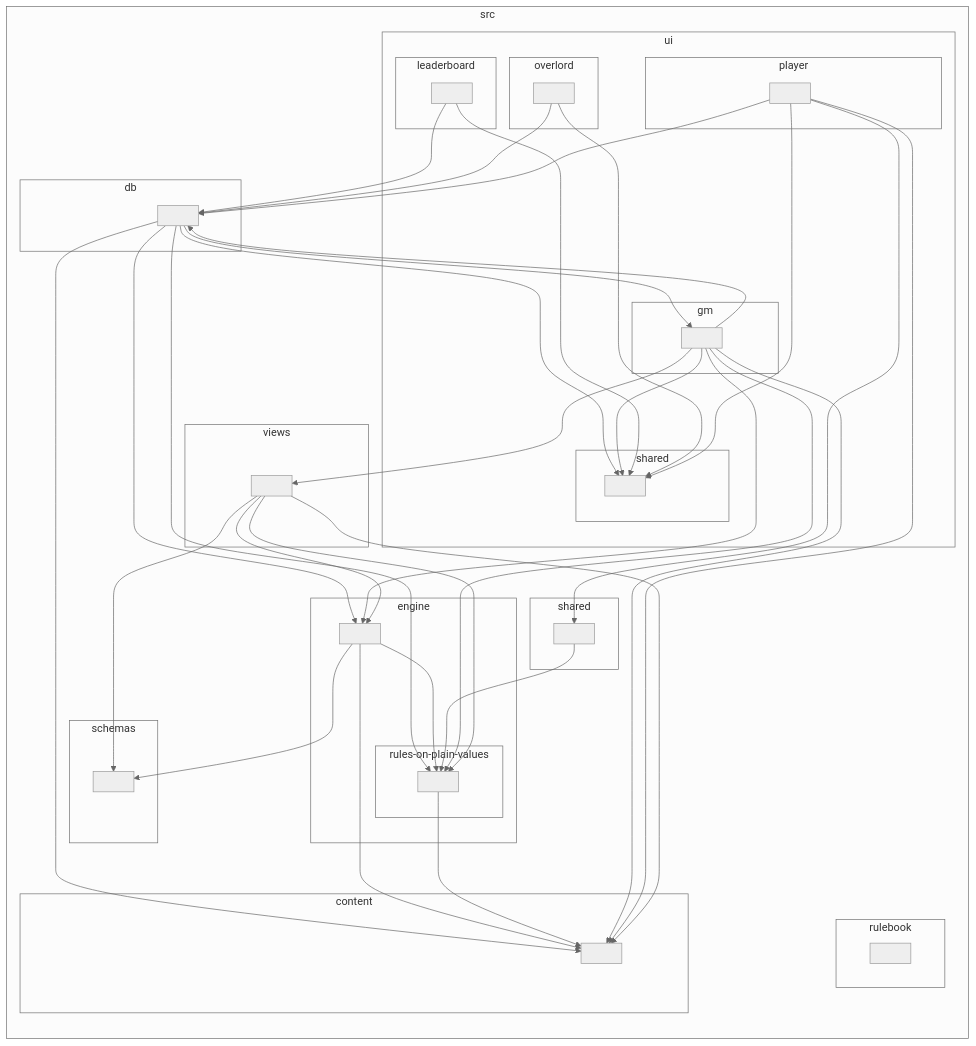
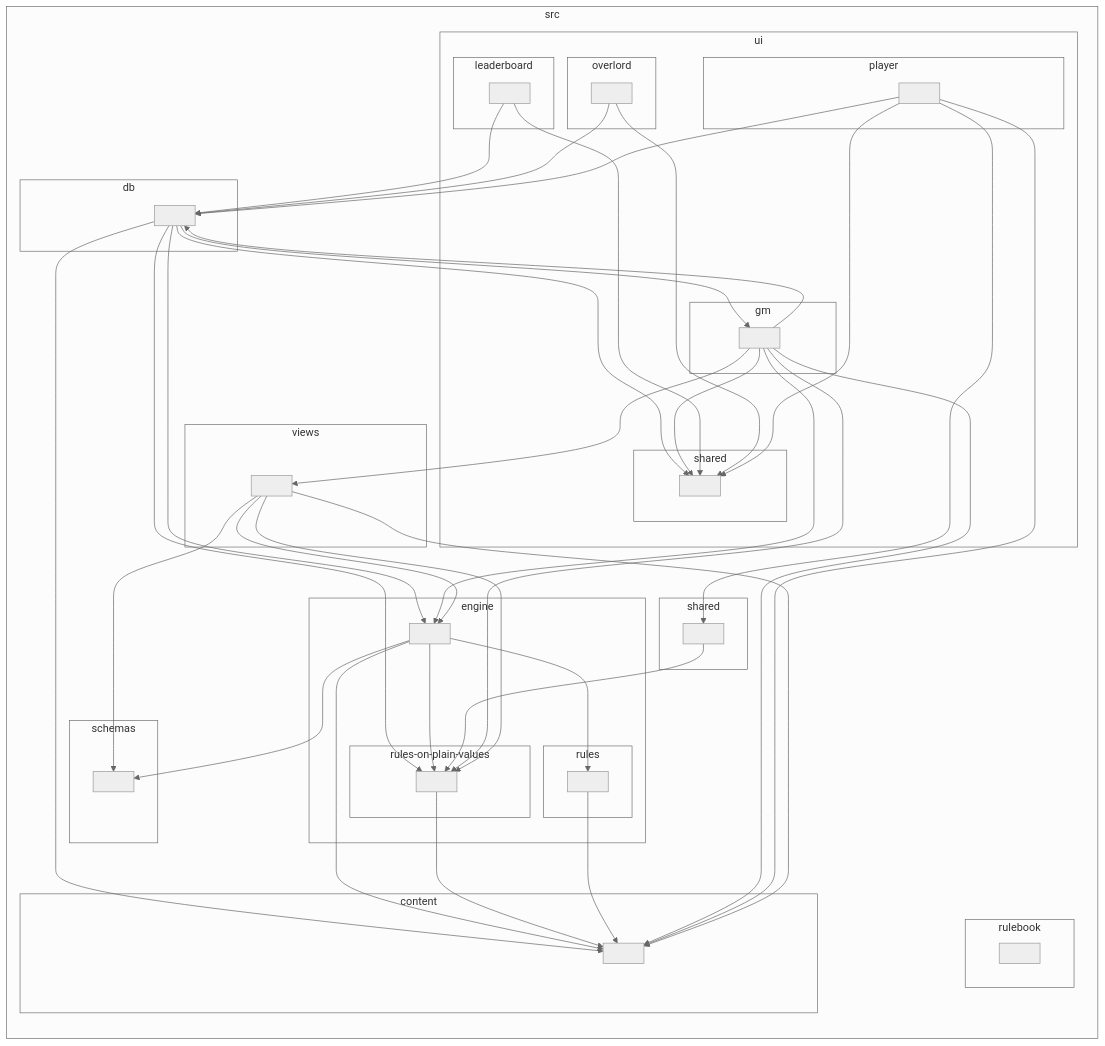
The diagram in docs/ARCHITECTURE.md (Nestalawe/kingdoms-call), drawn with Mermaid (neutral theme) before and after one commit. The commit also changed other lines of this file and 20 other files, not shown here.

````diff
--- a/docs/ARCHITECTURE.md
+++ b/docs/ARCHITECTURE.md
@@ -208,75 +211,80 @@
 ```mermaid
 flowchart LR
 
 subgraph src["src"]
   subgraph src_content["content"]
     src_content_[" "]
   end
   subgraph src_db["db"]
     src_db_[" "]
   end
   subgraph src_engine["engine"]
     src_engine_[" "]
     subgraph src_engine_rules_on_plain_values["rules-on-plain-values"]
       src_engine_rules_on_plain_values_[" "]
+    end
+    subgraph src_engine_rules["rules"]
+      src_engine_rules_[" "]
     end
   end
   subgraph src_rulebook["rulebook"]
     src_rulebook_[" "]
   end
   subgraph src_schemas["schemas"]
     src_schemas_[" "]
   end
   subgraph src_shared["shared"]
     src_shared_[" "]
   end
   subgraph src_ui["ui"]
     subgraph src_ui_gm["gm"]
       src_ui_gm_[" "]
     end
     subgraph src_ui_leaderboard["leaderboard"]
       src_ui_leaderboard_[" "]
     end
     subgraph src_ui_overlord["overlord"]
       src_ui_overlord_[" "]
     end
     subgraph src_ui_player["player"]
       src_ui_player_[" "]
     end
     subgraph src_ui_shared["shared"]
       src_ui_shared_[" "]
     end
   end
   subgraph src_views["views"]
     src_views_[" "]
   end
 end
 src_db_-->src_engine_rules_on_plain_values_
 src_db_-->src_ui_gm_
 src_db_-->src_ui_shared_
 src_db_-->src_content_
 src_db_-->src_engine_
 src_engine_-->src_content_
 src_engine_-->src_engine_rules_on_plain_values_
 src_engine_-->src_schemas_
+src_engine_-->src_engine_rules_
 src_engine_rules_on_plain_values_-->src_content_
+src_engine_rules_-->src_content_
 src_shared_-->src_engine_rules_on_plain_values_
 src_ui_gm_-->src_content_
 src_ui_gm_-->src_db_
 src_ui_gm_-->src_engine_
 src_ui_gm_-->src_ui_shared_
 src_ui_gm_-->src_engine_rules_on_plain_values_
 src_ui_gm_-->src_views_
 src_ui_leaderboard_-->src_db_
 src_ui_leaderboard_-->src_ui_shared_
 src_ui_overlord_-->src_db_
 src_ui_overlord_-->src_ui_shared_
 src_ui_player_-->src_ui_shared_
 src_ui_player_-->src_shared_
 src_ui_player_-->src_content_
 src_ui_player_-->src_db_
 src_views_-->src_engine_
 src_views_-->src_content_
 src_views_-->src_engine_rules_on_plain_values_
 src_views_-->src_schemas_
 ```
````
